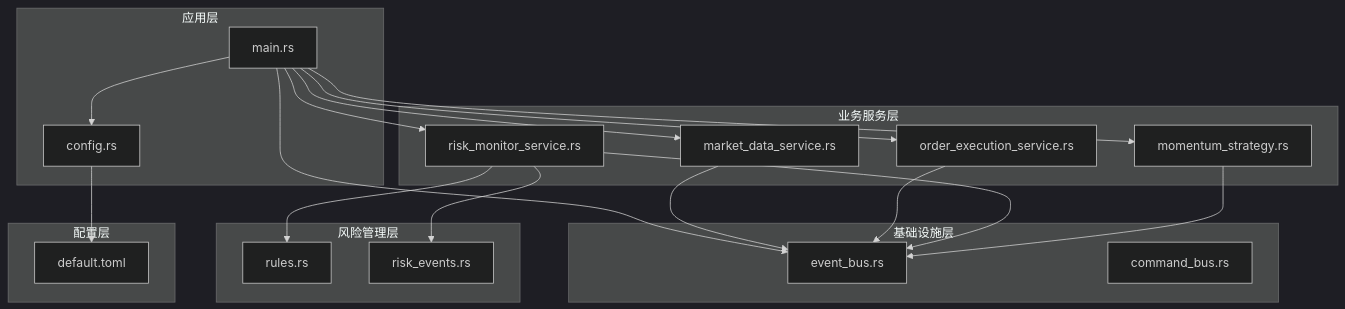
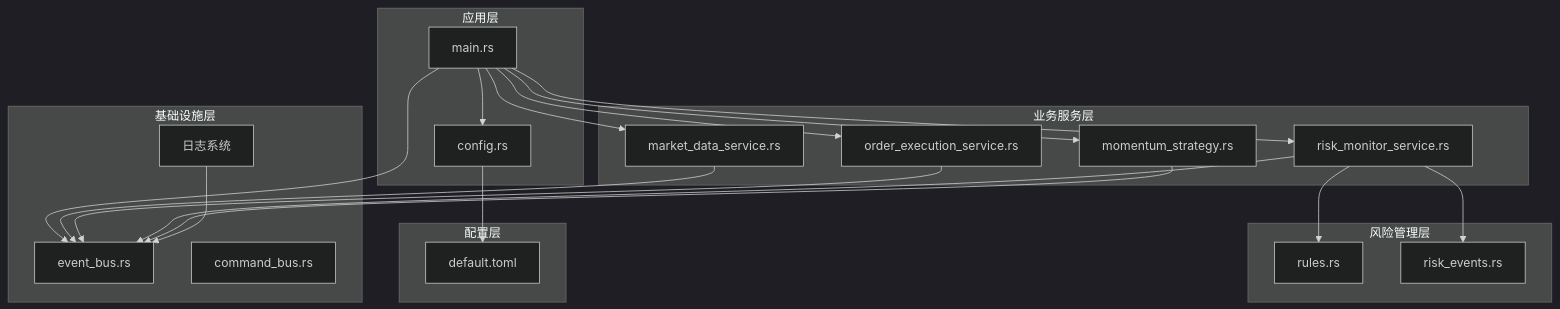
Before and after one commit to Heres1/binanceWebsocket: the first of 8 diagrams in .qoder/repowiki/zh/content/核心模块/风控管理系统.md, drawn with Mermaid (dark theme). The commit also changed other lines of this file and 8 other files, not shown here.

````diff
--- a/.qoder/repowiki/zh/content/核心模块/风控管理系统.md
+++ b/.qoder/repowiki/zh/content/核心模块/风控管理系统.md
@@ -46,37 +53,39 @@
 ```mermaid
 graph TB
 subgraph "应用层"
 Main[main.rs]
 Config[config.rs]
 end
 subgraph "基础设施层"
 EventBus[event_bus.rs]
 CommandBus[command_bus.rs]
+Logger[日志系统]
 end
 subgraph "业务服务层"
 MarketData[market_data_service.rs]
 OrderExec[order_execution_service.rs]
 RiskMonitor[risk_monitor_service.rs]
 Strategy[momentum_strategy.rs]
 end
 subgraph "风险管理层"
 RiskRules[rules.rs]
 RiskEvents[risk_events.rs]
 end
 subgraph "配置层"
 DefaultConfig[default.toml]
 end
 Main --> EventBus
 Main --> MarketData
 Main --> OrderExec
 Main --> RiskMonitor
 Main --> Strategy
 Main --> Config
 MarketData --> EventBus
 OrderExec --> EventBus
 RiskMonitor --> EventBus
 Strategy --> EventBus
 RiskMonitor --> RiskRules
 RiskMonitor --> RiskEvents
 Config --> DefaultConfig
+Logger --> EventBus
 ```
````
